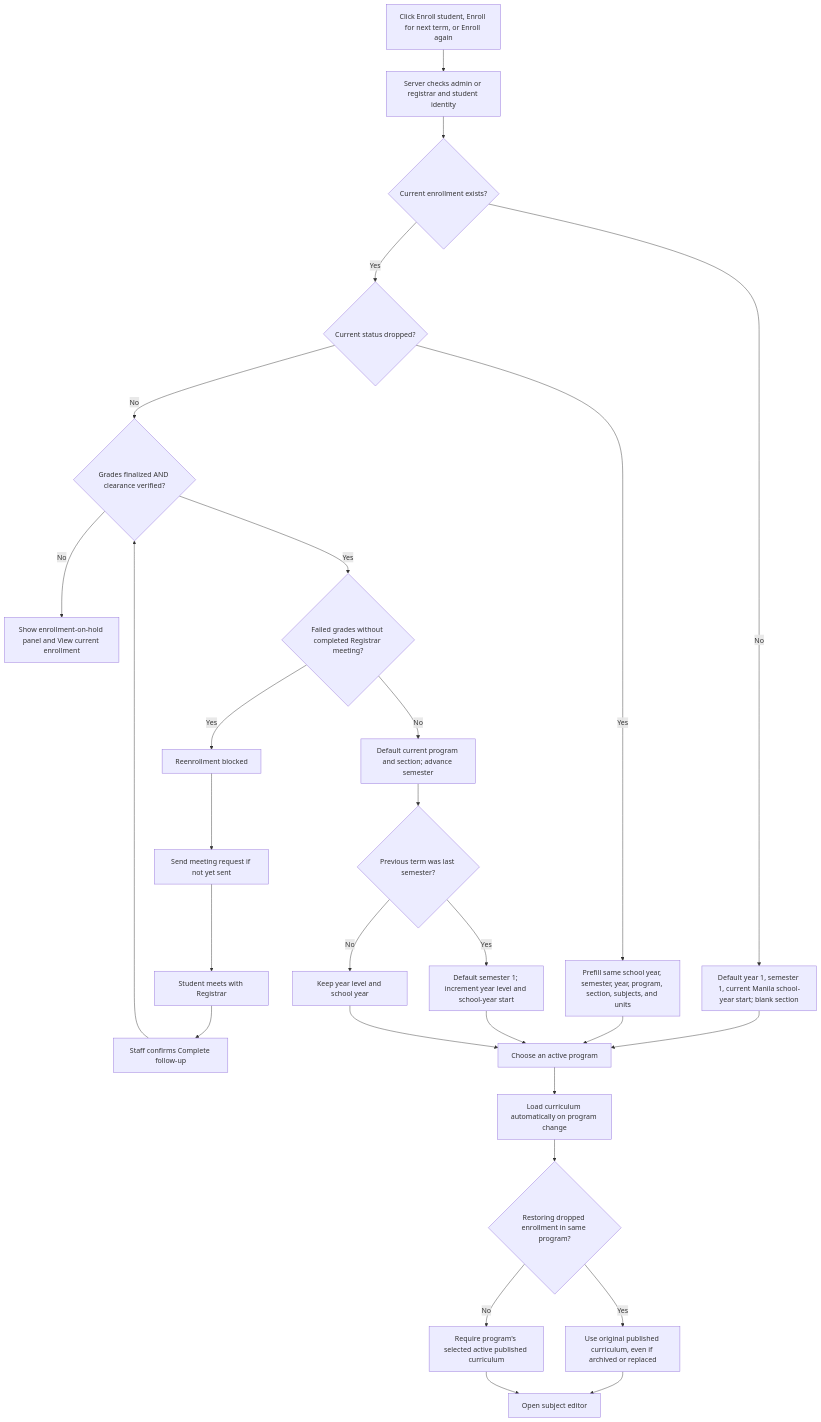
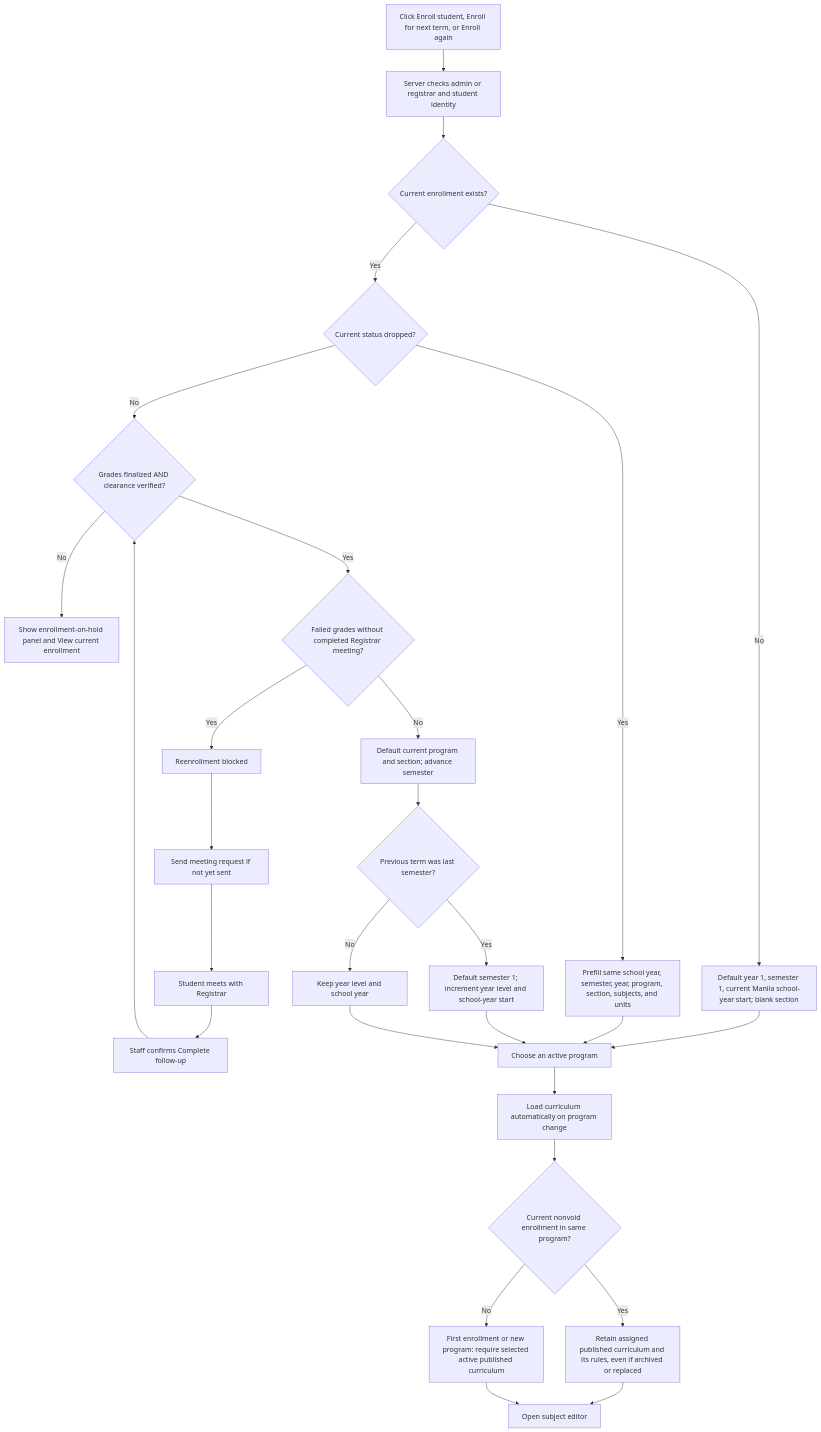
One commit to alincastrechristian-lgtm/enrollment-bpc changed the fourth of 19 diagrams in docs/system-flows.md. Above: the diagram before and after it, drawn with Mermaid. The commit also changed other lines of this file and 42 other files, not shown here.

````diff
--- a/docs/system-flows.md
+++ b/docs/system-flows.md
@@ -165,30 +175,30 @@
 ```mermaid
 flowchart TD
     Click[Click Enroll student, Enroll for next term, or Enroll again] --> Access[Server checks admin or registrar and student identity]
     Access --> Current{Current enrollment exists?}
     Current -->|No| First[Default year 1, semester 1, current Manila school-year start; blank section]
     Current -->|Yes| Dropped{Current status dropped?}
     Dropped -->|Yes| Restore[Prefill same school year, semester, year, program, section, subjects, and units]
     Dropped -->|No| Ready{Grades finalized AND clearance verified?}
     Ready -->|No| Block[Show enrollment-on-hold panel and View current enrollment]
     Ready -->|Yes| Meeting{Failed grades without completed Registrar meeting?}
     Meeting -->|Yes| MeetingBlock[Reenrollment blocked]
     MeetingBlock --> Request[Send meeting request if not yet sent]
     Request --> Conduct[Student meets with Registrar]
     Conduct --> Finish[Staff confirms Complete follow-up]
     Finish --> Ready
     Meeting -->|No| Advance[Default current program and section; advance semester]
     Advance --> Last{Previous term was last semester?}
     Last -->|Yes| NewYear[Default semester 1; increment year level and school-year start]
     Last -->|No| SameYear[Keep year level and school year]
     First --> Program[Choose an active program]
     Restore --> Program
     NewYear --> Program
     SameYear --> Program
     Program --> Load[Load curriculum automatically on program change]
-    Load --> Normal{Restoring dropped enrollment in same program?}
-    Normal -->|Yes| Original[Use original published curriculum, even if archived or replaced]
-    Normal -->|No| Active[Require program's selected active published curriculum]
+    Load --> Normal{Current nonvoid enrollment in same program?}
+    Normal -->|Yes| Original[Retain assigned published curriculum and its rules, even if archived or replaced]
+    Normal -->|No| Active[First enrollment or new program: require selected active published curriculum]
     Original --> Editor[Open subject editor]
     Active --> Editor
 ```
````
